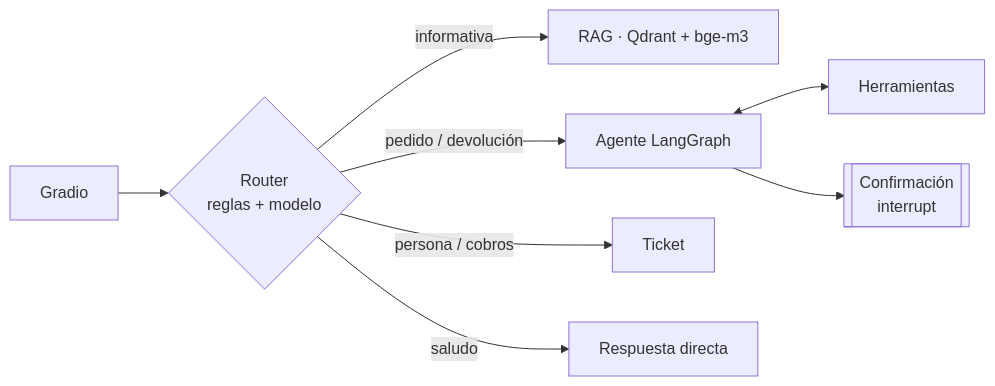
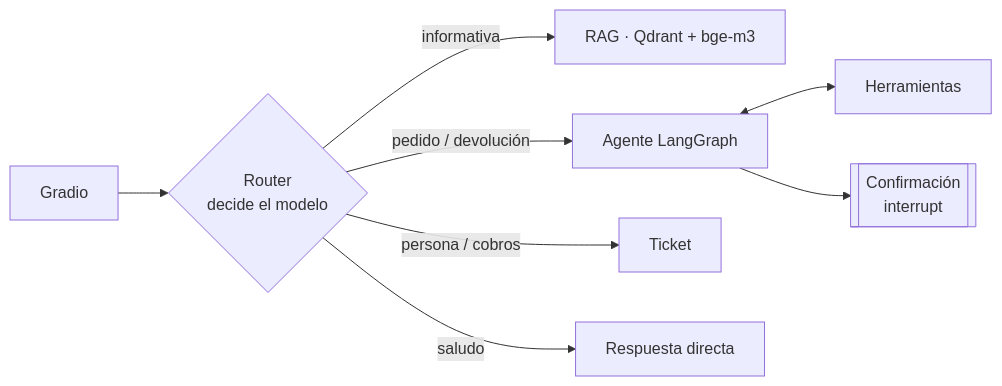
One commit to sam2800ml/IAG-EcoMarket-3 changed the diagram in README.md. Above: the diagram before and after it, drawn with Mermaid. The commit also changed other lines of this file and 8 other files, not shown here.

````diff
--- a/README.md
+++ b/README.md
@@ -19,10 +19,10 @@
 ```mermaid
 flowchart LR
-    U[Gradio] --> R{Router<br/>reglas + modelo}
+    U[Gradio] --> R{Router<br/>decide el modelo}
     R -->|informativa| RAG[RAG · Qdrant + bge-m3]
     R -->|pedido / devolución| A[Agente LangGraph]
     R -->|persona / cobros| E[Ticket]
     R -->|saludo| D[Respuesta directa]
     A <--> T[Herramientas]
     A --> C[[Confirmación<br/>interrupt]]
 ```
````
